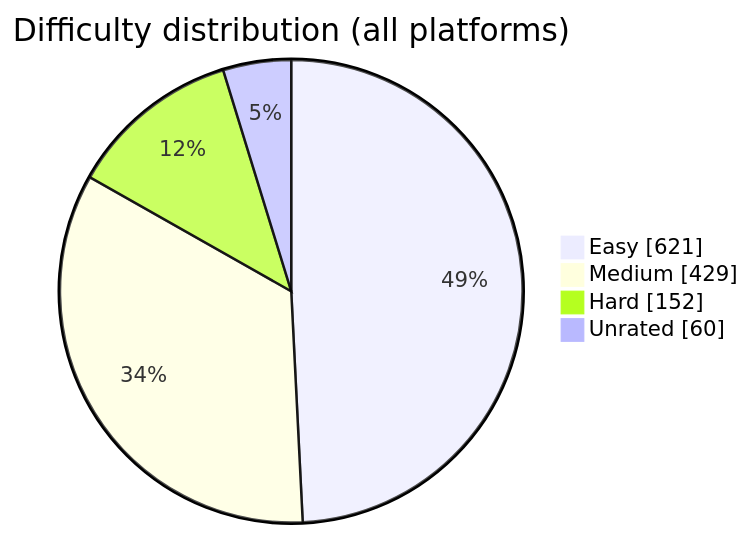
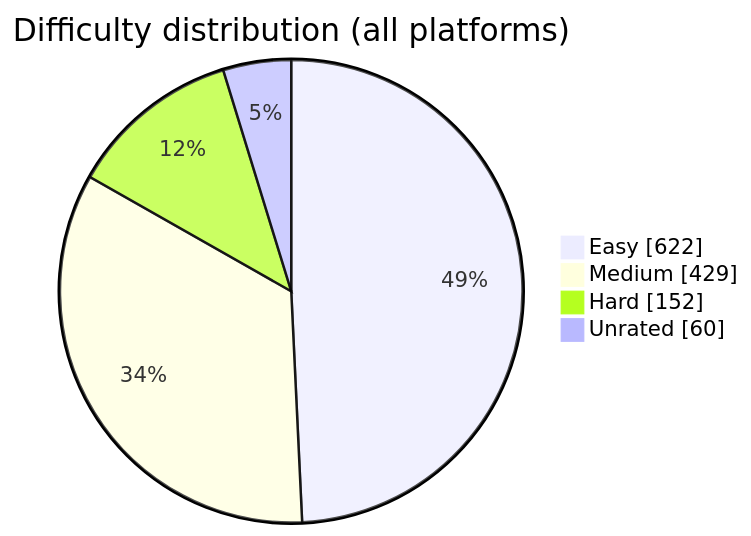
One commit to BuildbyArindam/Daily-Coding-Log changed the diagram in README.md. Above: the diagram before and after it, drawn with Mermaid. The commit also changed other lines of this file, not shown here.

````diff
--- a/README.md
+++ b/README.md
@@ -93,7 +93,7 @@
 ```mermaid
 pie showData title Difficulty distribution (all platforms)
-    "Easy" : 621
+    "Easy" : 622
     "Medium" : 429
     "Hard" : 152
     "Unrated" : 60
 ```
````
